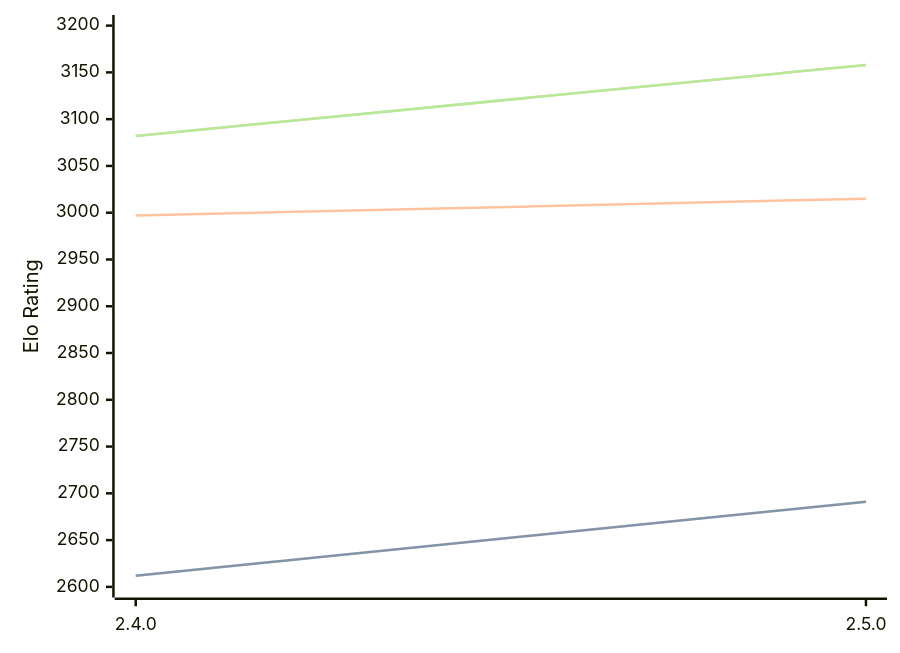
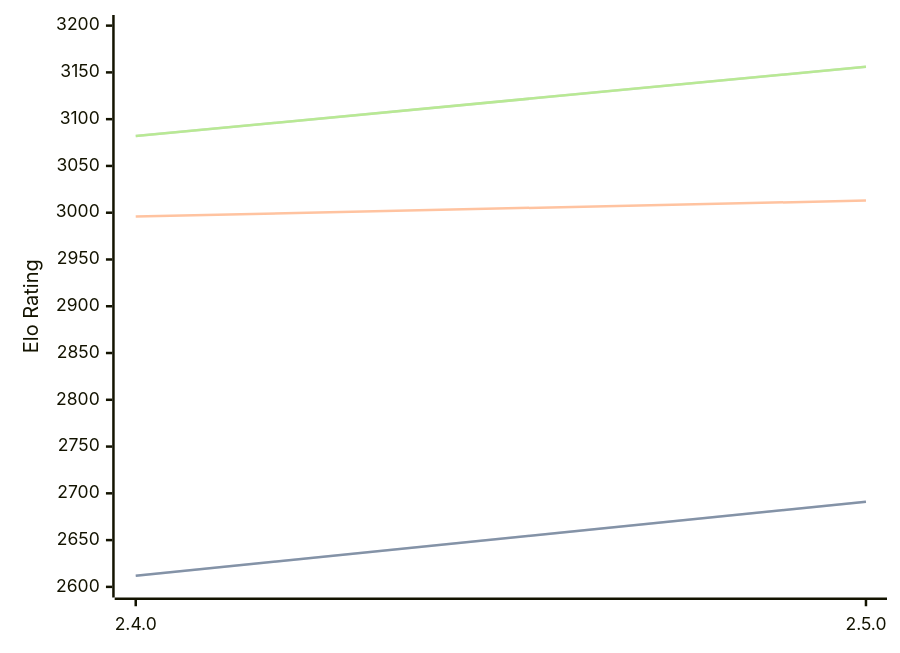
Before and after one commit to computer-chess-index/cci: the first of 3 diagrams in engines/Sturddle2.md, drawn with Mermaid. The commit also changed other lines of this file, not shown here.

Commit message:
Update CCI Ratings (ELO VLTC) - 2026-07-15

````diff
--- a/engines/Sturddle2.md
+++ b/engines/Sturddle2.md
@@ -37,11 +37,11 @@
 ```mermaid
 %%{init: {"theme":"base","themeVariables":{"seriesColors:['#a3a3a3','#222221','#faa371']}}}%%
 xychart-beta
   x-axis ["2.4.0", "2.5.0"]
   y-axis "Elo Rating" 2600 --> 3200
   line "STC (8.0+0.08s)" [2612, 2691]
   line "STC (8.0+0.08s)" [2612, 2691]
-  line "LTC (60.0+0.60s)" [2997, 3015]
-  line "VLTC (2m24s+1.12s)" [3082, 3158]
-  line "VLTC (2m24s+1.12s)" [3082, 3158]
+  line "LTC (60.0+0.60s)" [2996, 3013]
+  line "VLTC (2m24s+1.12s)" [3082, 3156]
+  line "VLTC (2m24s+1.12s)" [3082, 3156]
 ```
````
